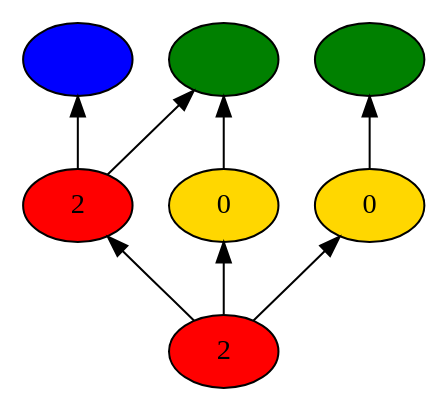
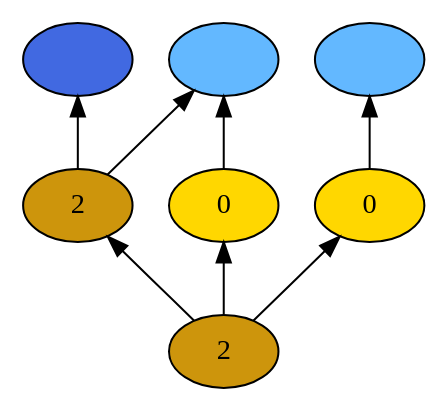
The diagram in backend/cxx/pdf_graphs/tutorial_1/dot6.dot (probcomp/Venturecxx), drawn with Graphviz before and after one commit. The commit also changed 108 other files, not shown here.

```diff
--- a/backend/cxx/pdf_graphs/tutorial_1/dot6.dot
+++ b/backend/cxx/pdf_graphs/tutorial_1/dot6.dot
@@ -1,18 +1,18 @@
 digraph {
 rankdir=BT
 fontsize=24
-1["shape" ="ellipse" "style" ="filled" "fillcolor" ="red" "label" ="2" ]
-2["shape" ="ellipse" "style" ="filled" "fillcolor" ="red" "label" ="2" ]
+1["shape" ="ellipse" "style" ="filled" "fillcolor" ="darkgoldenrod3" "label" ="2" ]
+2["shape" ="ellipse" "style" ="filled" "fillcolor" ="darkgoldenrod3" "label" ="2" ]
 3["shape" ="ellipse" "style" ="filled" "fillcolor" ="gold" "label" ="0" ]
 4["shape" ="ellipse" "style" ="filled" "fillcolor" ="gold" "label" ="0" ]
-5["shape" ="ellipse" "style" ="filled" "fillcolor" ="blue" "label" ="" ]
-6["shape" ="ellipse" "style" ="filled" "fillcolor" ="green" "label" ="" ]
-7["shape" ="ellipse" "style" ="filled" "fillcolor" ="green" "label" ="" ]
+5["shape" ="ellipse" "style" ="filled" "fillcolor" ="royalblue" "label" ="" ]
+6["shape" ="ellipse" "style" ="filled" "fillcolor" ="steelblue1" "label" ="" ]
+7["shape" ="ellipse" "style" ="filled" "fillcolor" ="steelblue1" "label" ="" ]
 1 -> 2["color" ="black" "style" ="solid" "arrowhead" ="normal" ]
 1 -> 3["color" ="black" "style" ="solid" "arrowhead" ="normal" ]
 1 -> 4["color" ="black" "style" ="solid" "arrowhead" ="normal" ]
 2 -> 5["color" ="black" "style" ="solid" "arrowhead" ="normal" ]
 2 -> 6["color" ="black" "style" ="solid" "arrowhead" ="normal" ]
 3 -> 6["color" ="black" "style" ="solid" "arrowhead" ="normal" ]
 4 -> 7["color" ="black" "style" ="solid" "arrowhead" ="normal" ]
 }
```
